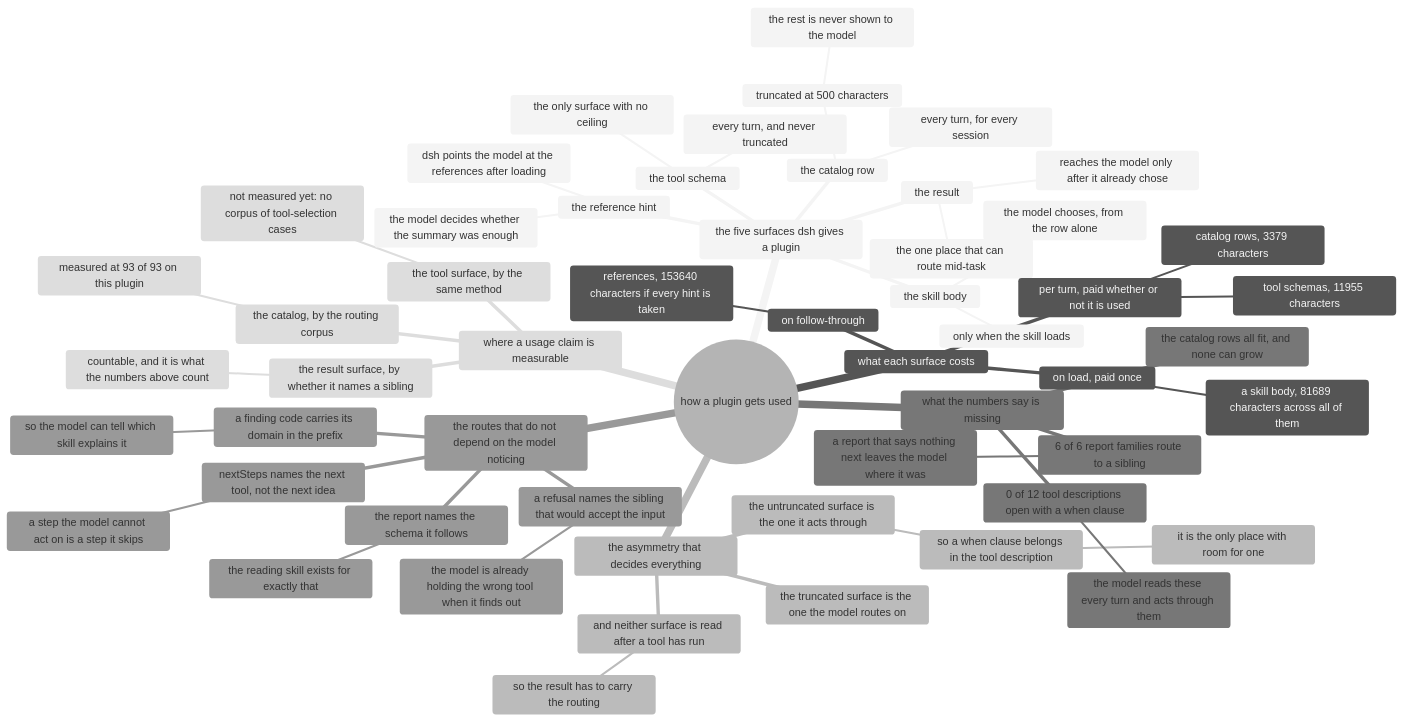
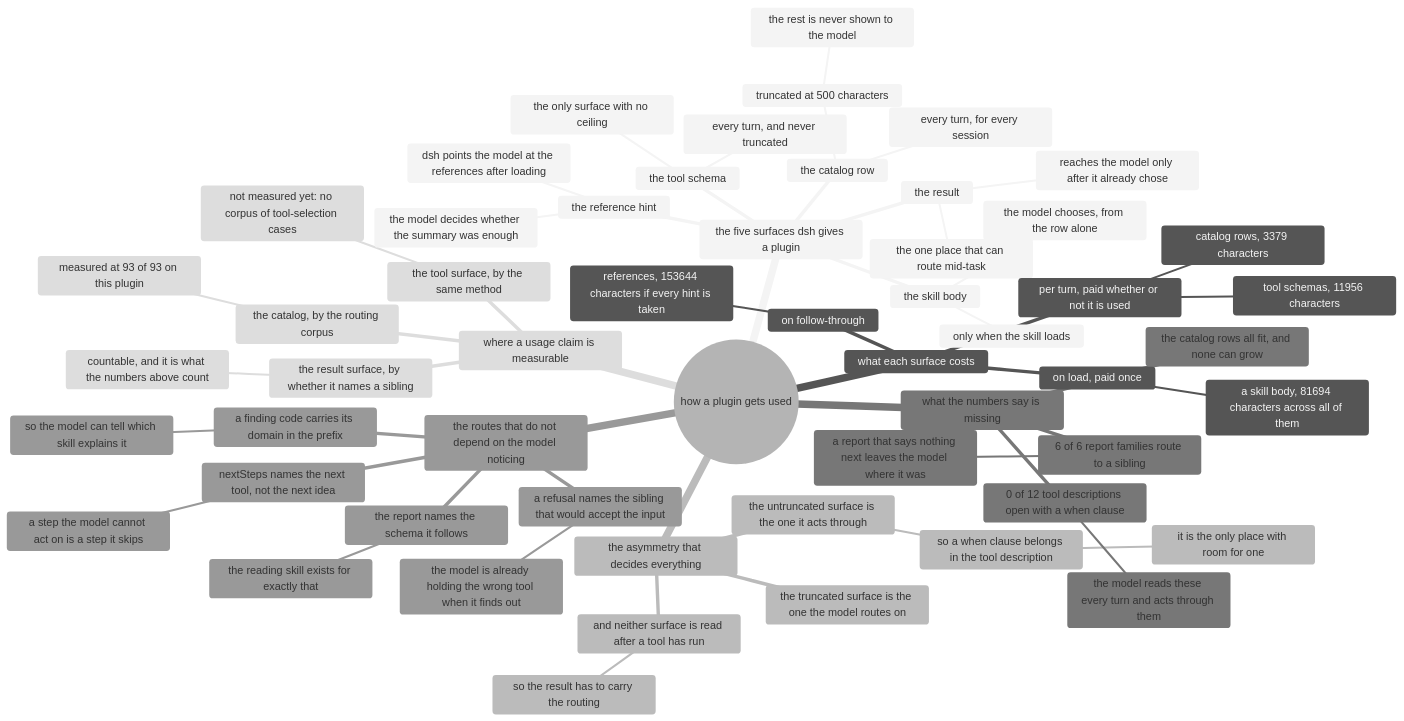
Before and after one commit to AmethystLuna/dsh-model-everything: the diagram in docs/usage/mindmap.mmd, drawn with Mermaid (neutral theme). The commit also changed 37 other files, not shown here.

```diff
--- a/docs/usage/mindmap.mmd
+++ b/docs/usage/mindmap.mmd
@@ -1,56 +1,56 @@
 mindmap
 root((how a plugin gets used))
   the five surfaces dsh gives a plugin
     the catalog row
       every turn, for every session
       truncated at 500 characters
         the rest is never shown to the model
     the skill body
       only when the skill loads
       the model chooses, from the row alone
     the reference hint
       dsh points the model at the references after loading
       the model decides whether the summary was enough
     the tool schema
       every turn, and never truncated
       the only surface with no ceiling
     the result
       reaches the model only after it already chose
       the one place that can route mid-task
   what each surface costs
     per turn, paid whether or not it is used
       catalog rows, 3379 characters
-      tool schemas, 11955 characters
+      tool schemas, 11956 characters
     on load, paid once
-      a skill body, 81689 characters across all of them
+      a skill body, 81694 characters across all of them
     on follow-through
-      references, 153640 characters if every hint is taken
+      references, 153644 characters if every hint is taken
   the asymmetry that decides everything
     the truncated surface is the one the model routes on
     the untruncated surface is the one it acts through
       so a when clause belongs in the tool description
         it is the only place with room for one
     and neither surface is read after a tool has run
       so the result has to carry the routing
   what the numbers say is missing
     0 of 12 tool descriptions open with a when clause
       the model reads these every turn and acts through them
     6 of 6 report families route to a sibling
       a report that says nothing next leaves the model where it was
     the catalog rows all fit, and none can grow
   the routes that do not depend on the model noticing
     a refusal names the sibling that would accept the input
       the model is already holding the wrong tool when it finds out
     nextSteps names the next tool, not the next idea
       a step the model cannot act on is a step it skips
     a finding code carries its domain in the prefix
       so the model can tell which skill explains it
     the report names the schema it follows
       the reading skill exists for exactly that
   where a usage claim is measurable
     the catalog, by the routing corpus
       measured at 93 of 93 on this plugin
     the tool surface, by the same method
       not measured yet: no corpus of tool-selection cases
     the result surface, by whether it names a sibling
       countable, and it is what the numbers above count
```
